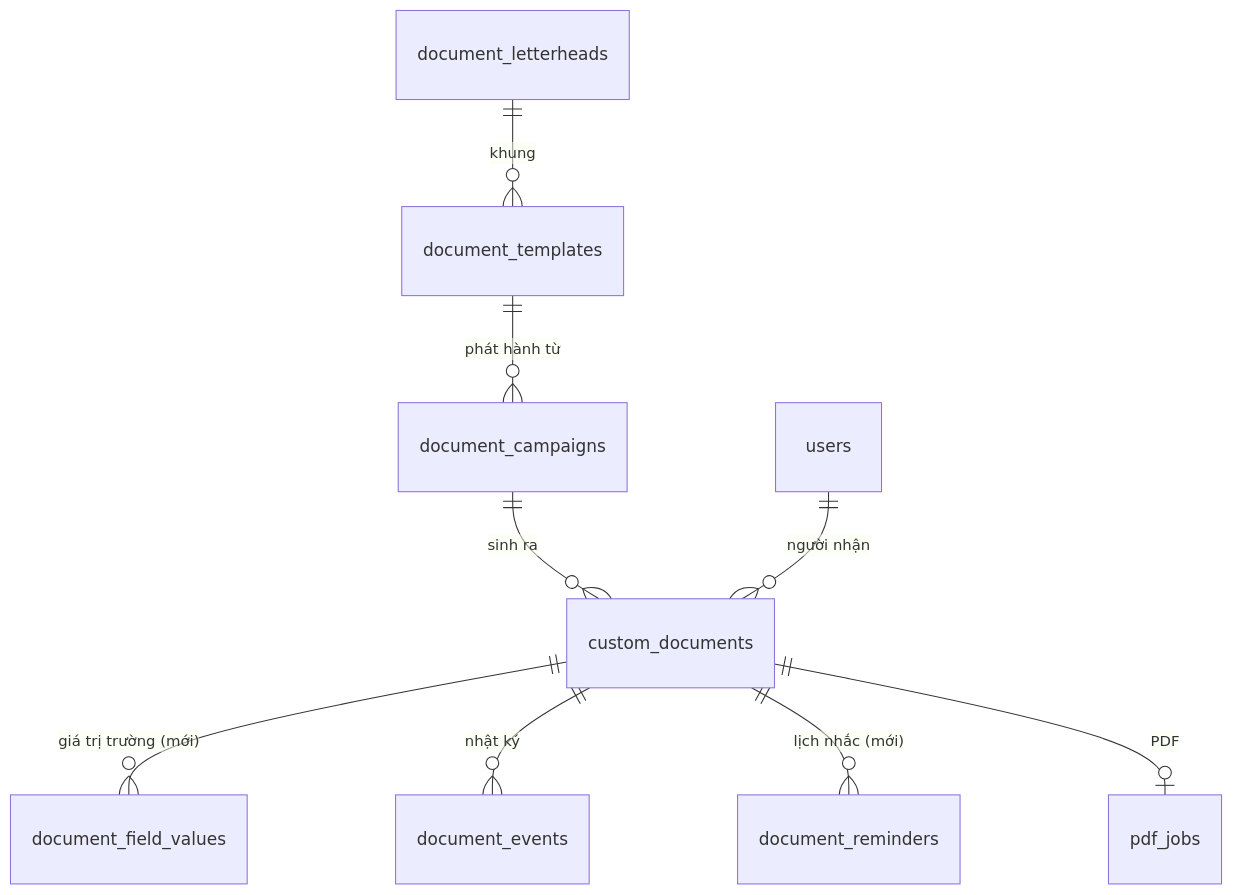
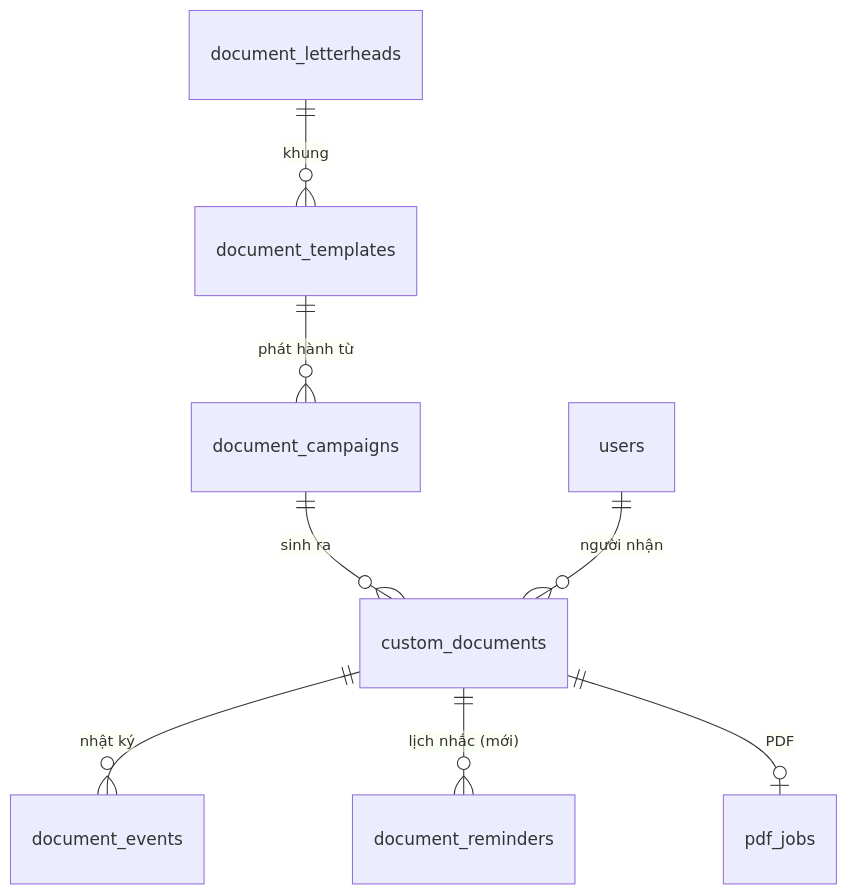
One commit to nclong1976/vin-casino changed the fourth of 5 diagrams in docs/design/contract-management-spec.md. Above: the diagram before and after it, drawn with Mermaid. The commit also changed other lines of this file and 31 other files, not shown here.

````diff
--- a/docs/design/contract-management-spec.md
+++ b/docs/design/contract-management-spec.md
@@ -384,11 +384,10 @@
 ```mermaid
 erDiagram
   document_letterheads ||--o{ document_templates : "khung"
   document_templates  ||--o{ document_campaigns : "phát hành từ"
   document_campaigns  ||--o{ custom_documents   : "sinh ra"
   users               ||--o{ custom_documents   : "người nhận"
-  custom_documents    ||--o{ document_field_values : "giá trị trường (mới)"
   custom_documents    ||--o{ document_events    : "nhật ký"
   custom_documents    ||--o{ document_reminders : "lịch nhắc (mới)"
   custom_documents    ||--o| pdf_jobs           : "PDF"
 ```
````
